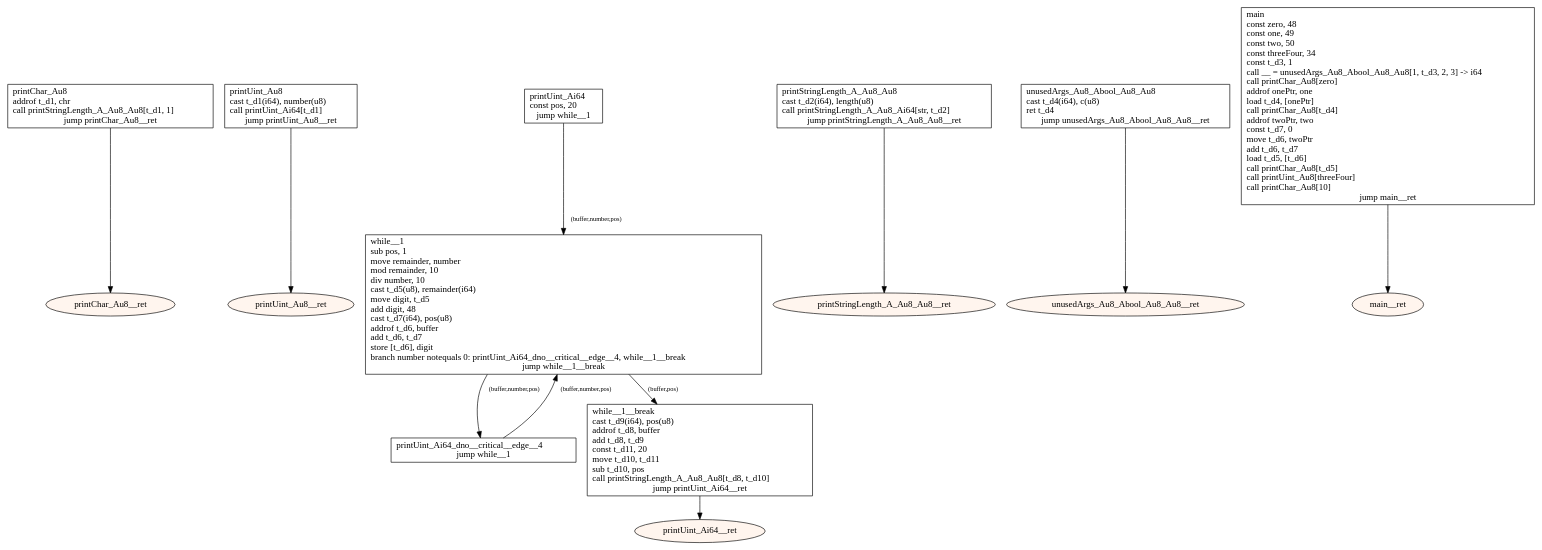
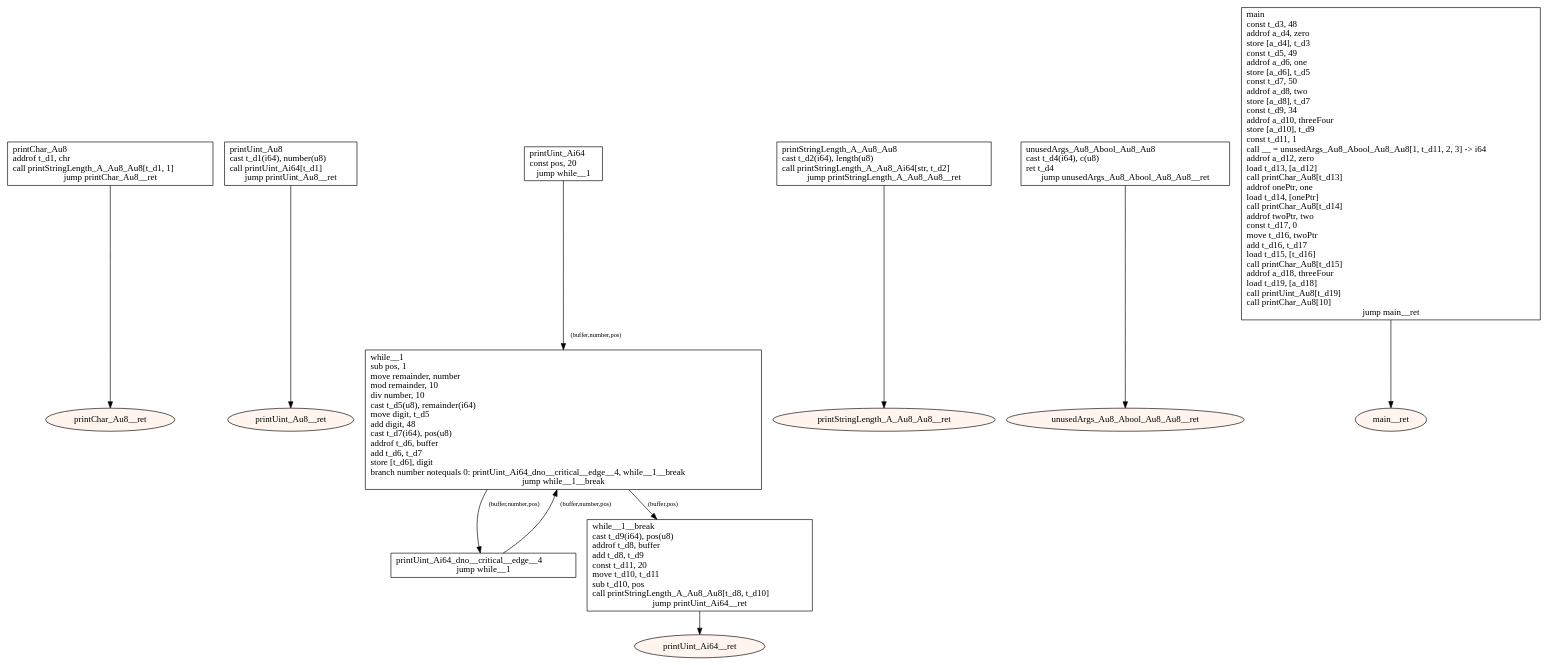
One commit to tmssngr/tinyC changed the diagram in src/main/resources-test/compiler/windows/basics.dot. Above: the diagram before and after it, drawn with Graphviz. The commit also changed 52 other files, not shown here.

```diff
--- a/src/main/resources-test/compiler/windows/basics.dot
+++ b/src/main/resources-test/compiler/windows/basics.dot
@@ -1,40 +1,40 @@
 digraph program {
 	edge[fontsize="10pt"];
 	subgraph fn_printChar_Au8 {
 		BasicBlock_0_printChar_Au8 [label="printChar_Au8\laddrof t_d1, chr\lcall printStringLength_A_Au8_Au8[t_d1, 1]\ljump printChar_Au8__ret",shape=box];
 		BasicBlock_0_printChar_Au8 -> BasicBlock_0_printChar_Au8__ret;
 		BasicBlock_0_printChar_Au8__ret [label="printChar_Au8__ret",shape=oval,style=filled,fillcolor="#fff5ee"];
 	}
 	subgraph fn_printUint_Au8 {
 		BasicBlock_1_printUint_Au8 [label="printUint_Au8\lcast t_d1(i64), number(u8)\lcall printUint_Ai64[t_d1]\ljump printUint_Au8__ret",shape=box];
 		BasicBlock_1_printUint_Au8 -> BasicBlock_1_printUint_Au8__ret;
 		BasicBlock_1_printUint_Au8__ret [label="printUint_Au8__ret",shape=oval,style=filled,fillcolor="#fff5ee"];
 	}
 	subgraph fn_printUint_Ai64 {
 		BasicBlock_2_printUint_Ai64 [label="printUint_Ai64\lconst pos, 20\ljump while__1",shape=box];
 		BasicBlock_2_printUint_Ai64 -> BasicBlock_2_while__1 [label="(buffer,number,pos)"];
 		BasicBlock_2_printUint_Ai64_dno__critical__edge__4 [label="printUint_Ai64_dno__critical__edge__4\ljump while__1",shape=box];
 		BasicBlock_2_printUint_Ai64_dno__critical__edge__4 -> BasicBlock_2_while__1 [label="(buffer,number,pos)"];
 		BasicBlock_2_while__1 [label="while__1\lsub pos, 1\lmove remainder, number\lmod remainder, 10\ldiv number, 10\lcast t_d5(u8), remainder(i64)\lmove digit, t_d5\ladd digit, 48\lcast t_d7(i64), pos(u8)\laddrof t_d6, buffer\ladd t_d6, t_d7\lstore [t_d6], digit\lbranch number notequals 0: printUint_Ai64_dno__critical__edge__4, while__1__break\ljump while__1__break",shape=box];
 		BasicBlock_2_while__1 -> BasicBlock_2_printUint_Ai64_dno__critical__edge__4 [label="(buffer,number,pos)"];
 		BasicBlock_2_while__1 -> BasicBlock_2_while__1__break [label="(buffer,pos)"];
 		BasicBlock_2_while__1__break [label="while__1__break\lcast t_d9(i64), pos(u8)\laddrof t_d8, buffer\ladd t_d8, t_d9\lconst t_d11, 20\lmove t_d10, t_d11\lsub t_d10, pos\lcall printStringLength_A_Au8_Au8[t_d8, t_d10]\ljump printUint_Ai64__ret",shape=box];
 		BasicBlock_2_while__1__break -> BasicBlock_2_printUint_Ai64__ret;
 		BasicBlock_2_printUint_Ai64__ret [label="printUint_Ai64__ret",shape=oval,style=filled,fillcolor="#fff5ee"];
 	}
 	subgraph fn_printStringLength_A_Au8_Au8 {
 		BasicBlock_3_printStringLength_A_Au8_Au8 [label="printStringLength_A_Au8_Au8\lcast t_d2(i64), length(u8)\lcall printStringLength_A_Au8_Ai64[str, t_d2]\ljump printStringLength_A_Au8_Au8__ret",shape=box];
 		BasicBlock_3_printStringLength_A_Au8_Au8 -> BasicBlock_3_printStringLength_A_Au8_Au8__ret;
 		BasicBlock_3_printStringLength_A_Au8_Au8__ret [label="printStringLength_A_Au8_Au8__ret",shape=oval,style=filled,fillcolor="#fff5ee"];
 	}
 	subgraph fn_unusedArgs_Au8_Abool_Au8_Au8 {
 		BasicBlock_4_unusedArgs_Au8_Abool_Au8_Au8 [label="unusedArgs_Au8_Abool_Au8_Au8\lcast t_d4(i64), c(u8)\lret t_d4\ljump unusedArgs_Au8_Abool_Au8_Au8__ret",shape=box];
 		BasicBlock_4_unusedArgs_Au8_Abool_Au8_Au8 -> BasicBlock_4_unusedArgs_Au8_Abool_Au8_Au8__ret;
 		BasicBlock_4_unusedArgs_Au8_Abool_Au8_Au8__ret [label="unusedArgs_Au8_Abool_Au8_Au8__ret",shape=oval,style=filled,fillcolor="#fff5ee"];
 	}
 	subgraph fn_main {
-		BasicBlock_5_main [label="main\lconst zero, 48\lconst one, 49\lconst two, 50\lconst threeFour, 34\lconst t_d3, 1\lcall __ = unusedArgs_Au8_Abool_Au8_Au8[1, t_d3, 2, 3] -> i64\lcall printChar_Au8[zero]\laddrof onePtr, one\lload t_d4, [onePtr]\lcall printChar_Au8[t_d4]\laddrof twoPtr, two\lconst t_d7, 0\lmove t_d6, twoPtr\ladd t_d6, t_d7\lload t_d5, [t_d6]\lcall printChar_Au8[t_d5]\lcall printUint_Au8[threeFour]\lcall printChar_Au8[10]\ljump main__ret",shape=box];
+		BasicBlock_5_main [label="main\lconst t_d3, 48\laddrof a_d4, zero\lstore [a_d4], t_d3\lconst t_d5, 49\laddrof a_d6, one\lstore [a_d6], t_d5\lconst t_d7, 50\laddrof a_d8, two\lstore [a_d8], t_d7\lconst t_d9, 34\laddrof a_d10, threeFour\lstore [a_d10], t_d9\lconst t_d11, 1\lcall __ = unusedArgs_Au8_Abool_Au8_Au8[1, t_d11, 2, 3] -> i64\laddrof a_d12, zero\lload t_d13, [a_d12]\lcall printChar_Au8[t_d13]\laddrof onePtr, one\lload t_d14, [onePtr]\lcall printChar_Au8[t_d14]\laddrof twoPtr, two\lconst t_d17, 0\lmove t_d16, twoPtr\ladd t_d16, t_d17\lload t_d15, [t_d16]\lcall printChar_Au8[t_d15]\laddrof a_d18, threeFour\lload t_d19, [a_d18]\lcall printUint_Au8[t_d19]\lcall printChar_Au8[10]\ljump main__ret",shape=box];
 		BasicBlock_5_main -> BasicBlock_5_main__ret;
 		BasicBlock_5_main__ret [label="main__ret",shape=oval,style=filled,fillcolor="#fff5ee"];
 	}
 }
```
